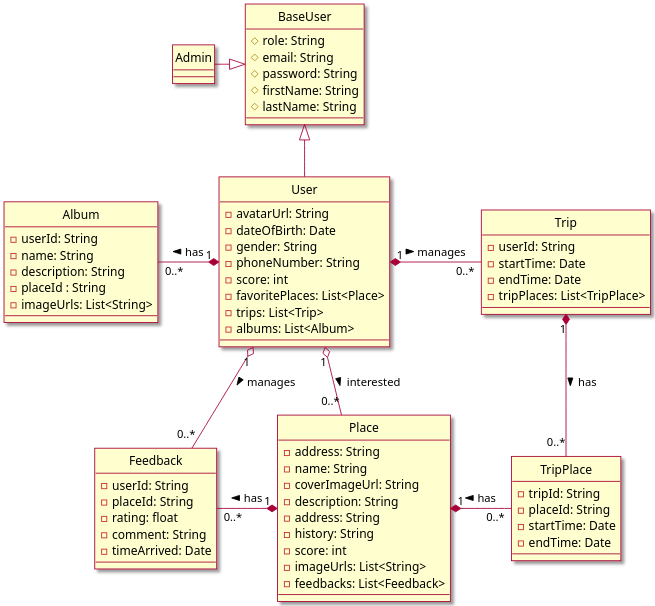
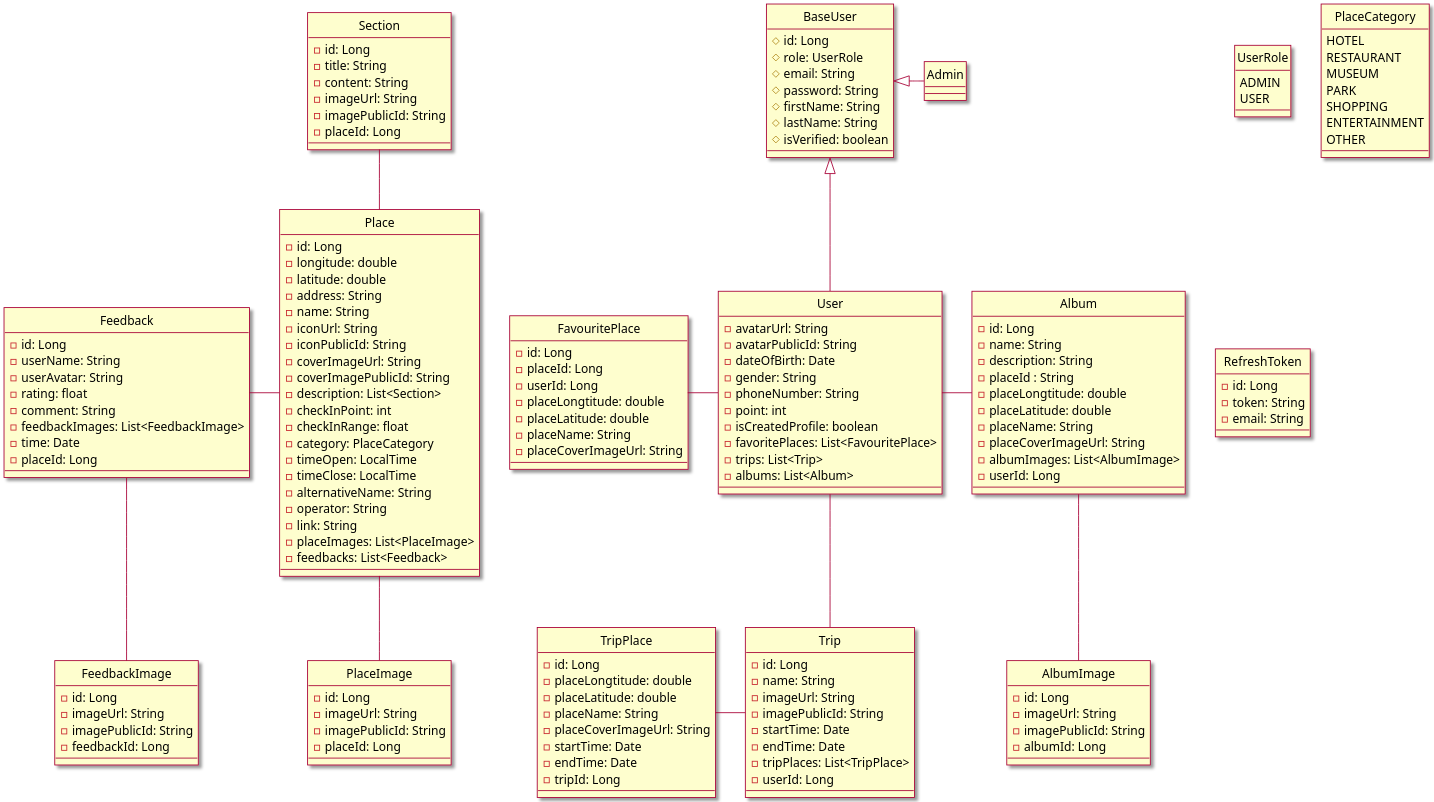
Before and after one commit to Griselda4774/WanderFun_Diagram: the diagram in Class/Class.puml, drawn with PlantUML. The commit also changed 14 other files, not shown here.

```diff
--- a/Class/Class.puml
+++ b/Class/Class.puml
@@ -1,82 +1,176 @@
 @startuml ClassDiagram
 
 skin rose
 scale 2
 hide circle
 
+class Album {
+    - id: Long
+    - name: String
+    - description: String
+    - placeId : String
+    - placeLongtitude: double
+    - placeLatitude: double
+    - placeName: String
+    - placeCoverImageUrl: String
+    - albumImages: List<AlbumImage>
+    - userId: Long
+}
+
+class AlbumImage {
+    - id: Long
+    - imageUrl: String
+    - imagePublicId: String
+    - albumId: Long
+}
+
 class BaseUser {
-    # role: String
+    # id: Long
+    # role: UserRole
     # email: String
     # password: String
     # firstName: String
     # lastName: String
+    # isVerified: boolean
 }
 
 class Admin {
 
 }
 
-class Place {
-    - address: String
-    - name: String
-    - coverImageUrl: String
-    - description: String
-    - address: String
-    - history: String
-    - score: int
-    - imageUrls: List<String>
-    - feedbacks: List<Feedback>
-}
-
 class User {
     - avatarUrl: String
+    - avatarPublicId: String
     - dateOfBirth: Date
     - gender: String
     - phoneNumber: String
-    - score: int
-    - favoritePlaces: List<Place>
+    - point: int
+    - isCreatedProfile: boolean
+    - favoritePlaces: List<FavouritePlace>
     - trips: List<Trip>
     - albums: List<Album>
 }
 
+class Place {
+    - id: Long
+    - longitude: double
+    - latitude: double
+    - address: String
+    - name: String
+    - iconUrl: String
+    - iconPublicId: String
+    - coverImageUrl: String
+    - coverImagePublicId: String
+    - description: List<Section>
+    - checkInPoint: int
+    - checkInRange: float
+    - category: PlaceCategory
+    - timeOpen: LocalTime
+    - timeClose: LocalTime
+    - alternativeName: String
+    - operator: String
+    - link: String
+    - placeImages: List<PlaceImage>
+    - feedbacks: List<Feedback>
+}
+
+class PlaceImage {
+    - id: Long
+    - imageUrl: String
+    - imagePublicId: String
+    - placeId: Long
+}
+
 class Feedback {
-    - userId: String
-    - placeId: String
+    - id: Long
+    - userName: String
+    - userAvatar: String
     - rating: float
     - comment: String
-    - timeArrived: Date
+    - feedbackImages: List<FeedbackImage>
+    - time: Date
+    - placeId: Long
+}
+
+class FeedbackImage {
+    - id: Long
+    - imageUrl: String
+    - imagePublicId: String
+    - feedbackId: Long
+}
+
+class Section {
+    - id: Long
+    - title: String
+    - content: String
+    - imageUrl: String
+    - imagePublicId: String
+    - placeId: Long
+}
+
+class FavouritePlace {
+    - id: Long
+    - placeId: Long
+    - userId: Long
+    - placeLongtitude: double
+    - placeLatitude: double
+    - placeName: String
+    - placeCoverImageUrl: String
 }
 
 class Trip {
-    - userId: String
+    - id: Long
+    - name: String
+    - imageUrl: String
+    - imagePublicId: String
     - startTime: Date
     - endTime: Date
     - tripPlaces: List<TripPlace>
+    - userId: Long
 }
 
 class TripPlace {
-    - tripId: String
-    - placeId: String
+    - id: Long
+    - placeLongtitude: double
+    - placeLatitude: double
+    - placeName: String
+    - placeCoverImageUrl: String
     - startTime: Date
     - endTime: Date
+    - tripId: Long
 }
 
-class Album {
-    - userId: String
-    - name: String
-    - description: String
-    - placeId : String
-    - imageUrls: List<String>
+enum UserRole {
+    ADMIN
+    USER
 }
 
-BaseUser <|-left- Admin
+enum PlaceCategory {
+    HOTEL
+    RESTAURANT
+    MUSEUM
+    PARK
+    SHOPPING
+    ENTERTAINMENT
+    OTHER
+}
+
+class RefreshToken {
+    - id: Long
+    - token: String
+    - email: String
+}
+
+BaseUser <|-right- Admin
 BaseUser <|-down- User
-Place "1" *-left- "0..*" Feedback : has >
-User "1" o-- "0..*" Feedback : manages >
-User "1" o-down- "0..*" Place : interested >
-User "1"*-right- "0..*" Trip : manages >
-Place "1" *-right- "0..*" TripPlace : has <
-Trip "1" *-down- "0..*" TripPlace : has >
-User "1" *-left- "0..*" Album : has >
+Place -left- Feedback
+Feedback -down- FeedbackImage
+User -down- Trip
+User -left- FavouritePlace
+Trip -left- TripPlace
+User -right- Album
+Album -down- AlbumImage
+Place -up- Section
+Place -down- PlaceImage
 
 @enduml
```
